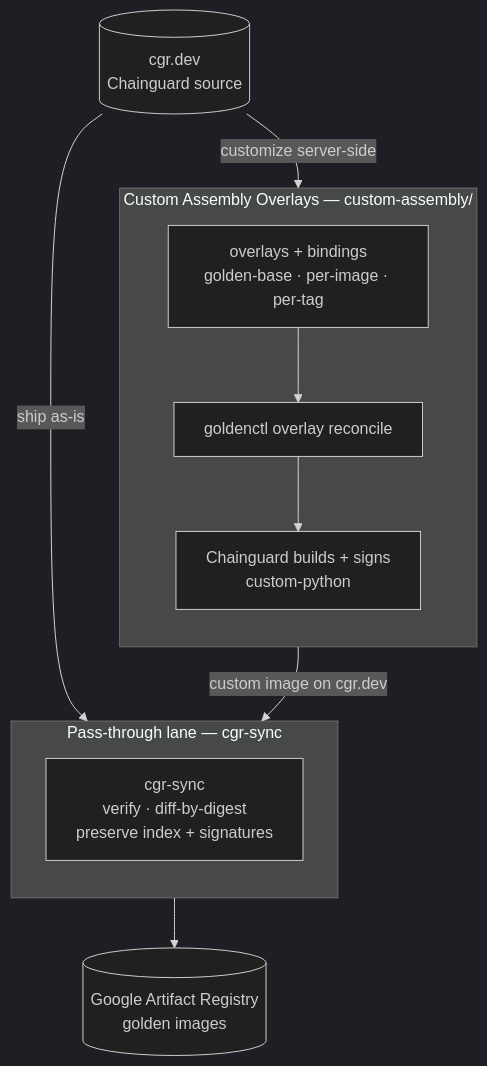
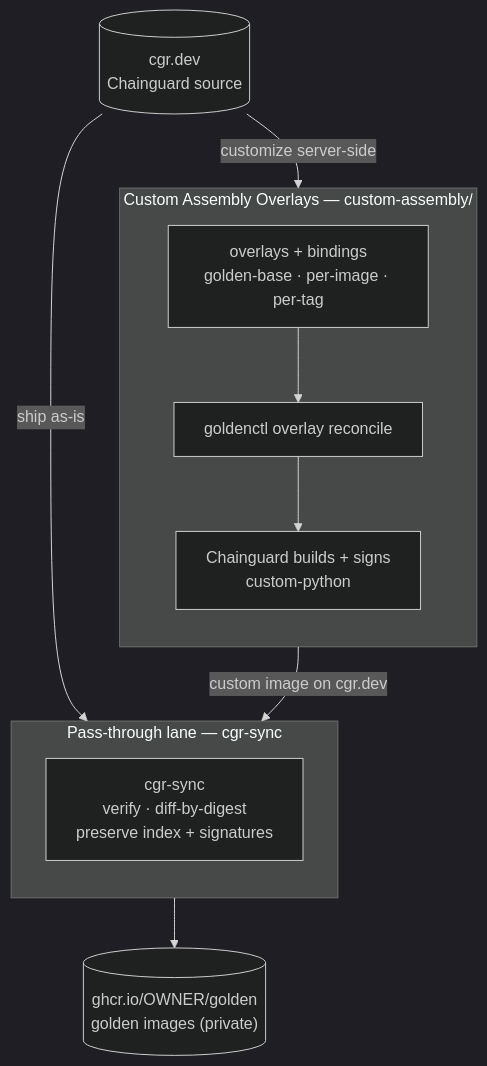
One commit to cartyc/golden-image changed the first of 2 diagrams in README.md. Above: the diagram before and after it, drawn with Mermaid (dark theme). The commit also changed other lines of this file and 2 other files, not shown here.

````diff
--- a/README.md
+++ b/README.md
@@ -50,21 +50,21 @@
 ```mermaid
 flowchart TB
   src[("cgr.dev<br/>Chainguard source")]
-  gar[("Google Artifact Registry<br/>golden images")]
+  gar[("ghcr.io/OWNER/golden<br/>golden images (private)")]
 
   subgraph ca["Custom Assembly Overlays — custom-assembly/"]
     direction TB
     cfg["overlays + bindings<br/>golden-base · per-image · per-tag"] --> apply["goldenctl overlay reconcile"]
     apply --> built["Chainguard builds + signs<br/>custom-python"]
   end
 
   subgraph pass["Pass-through lane — cgr-sync"]
     direction TB
     cs["cgr-sync<br/>verify · diff-by-digest<br/>preserve index + signatures"]
   end
 
   src -->|"customize server-side"| cfg
   src -->|"ship as-is"| cs
   built -->|"custom image on cgr.dev"| cs
   cs --> gar
 ```
````
